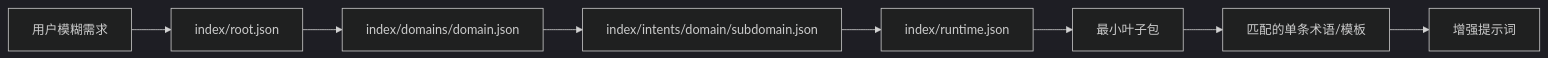
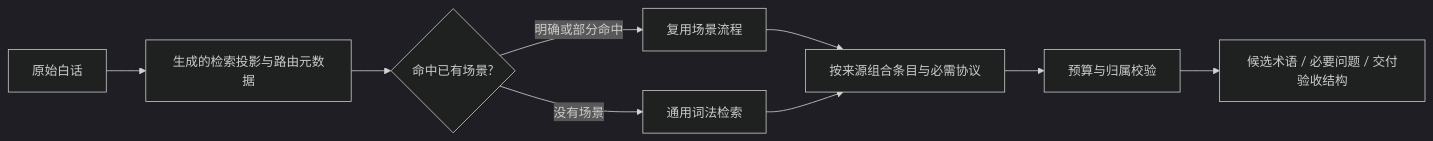
One commit to konglong87/feeling-to-jargon changed the diagram in README.md. Above: the diagram before and after it, drawn with Mermaid (dark theme). The commit also changed other lines of this file and 36 other files, not shown here.

````diff
--- a/README.md
+++ b/README.md
@@ -77,10 +73,11 @@
 ```mermaid
 flowchart LR
-    A[用户模糊需求] --> B[index/root.json]
-    B --> C[index/domains/domain.json]
-    C --> D[index/intents/domain/subdomain.json]
-    D --> E[index/runtime.json]
-    E --> F[最小叶子包]
-    F --> G[匹配的单条术语/模板]
-    G --> H[增强提示词]
+    A[原始白话] --> B[生成的检索投影与路由元数据]
+    B --> C{命中已有场景?}
+    C -->|明确或部分命中| D[复用场景流程]
+    C -->|没有场景| E[通用词法检索]
+    D --> F[按来源组合条目与必需协议]
+    E --> F
+    F --> G[预算与归属校验]
+    G --> H[候选术语 / 必要问题 / 交付验收结构]
 ```
````
